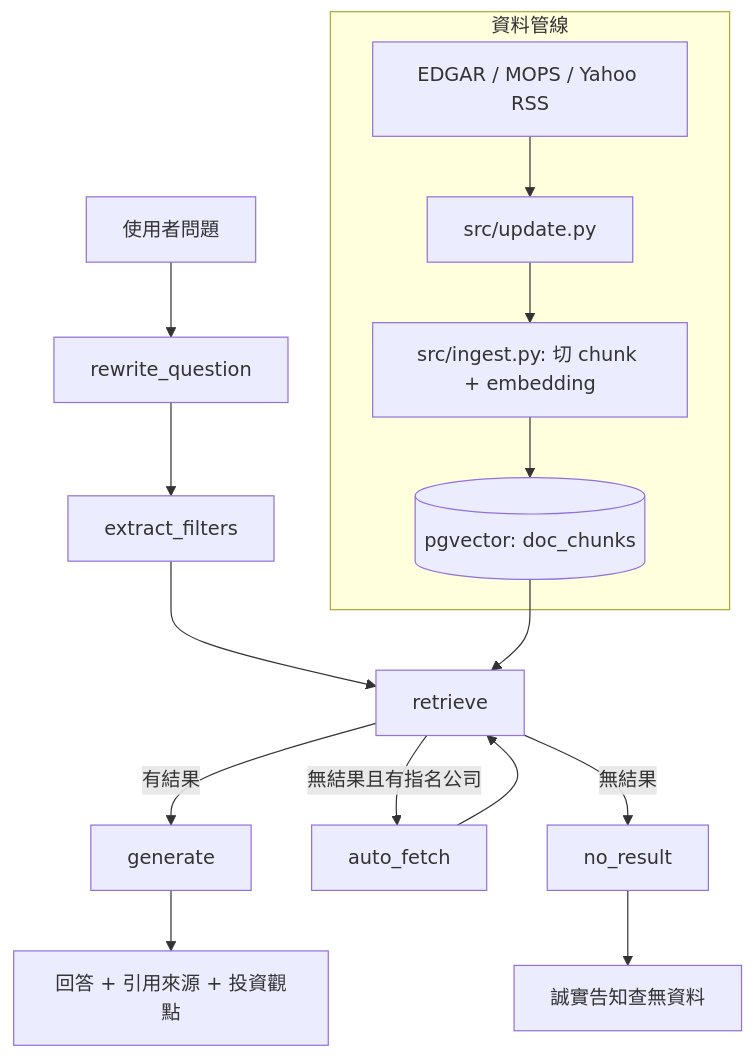
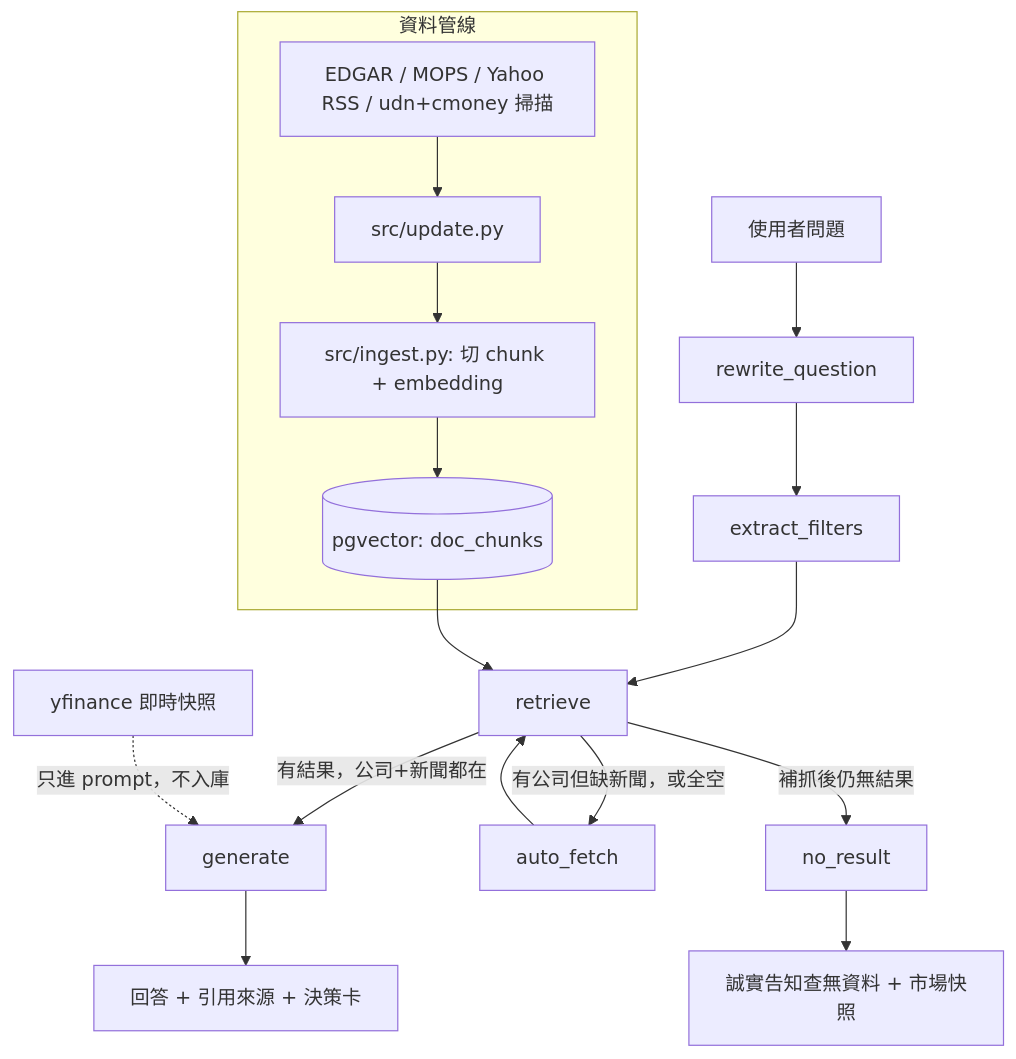
The second of 2 diagrams in docs/PROJECT.md (thelilywang/finance-ai-assistant), drawn with Mermaid before and after one commit. The commit also changed other lines of this file and 1 other file, not shown here.

````diff
--- a/docs/PROJECT.md
+++ b/docs/PROJECT.md
@@ -107,19 +113,20 @@
 ```mermaid
 flowchart TD
     U[使用者問題] --> RW[rewrite_question]
     RW --> EF[extract_filters]
     EF --> RT[retrieve]
-    RT -->|有結果| GEN[generate]
-    RT -->|無結果且有指名公司| AF[auto_fetch]
+    RT -->|有結果，公司+新聞都在| GEN[generate]
+    RT -->|有公司但缺新聞，或全空| AF[auto_fetch]
     AF --> RT
-    RT -->|無結果| NR[no_result]
-    GEN --> A[回答 + 引用來源 + 投資觀點]
-    NR --> B[誠實告知查無資料]
+    RT -->|補抓後仍無結果| NR[no_result]
+    GEN --> A[回答 + 引用來源 + 決策卡]
+    NR --> B[誠實告知查無資料 + 市場快照]
 
     subgraph 資料管線
-        SRC[EDGAR / MOPS / Yahoo RSS] --> UP[src/update.py]
+        SRC[EDGAR / MOPS / Yahoo RSS / udn+cmoney 掃描] --> UP[src/update.py]
         UP --> ING[src/ingest.py: 切 chunk + embedding]
         ING --> PG[(pgvector: doc_chunks)]
     end
     PG --> RT
+    YF[yfinance 即時快照] -.只進 prompt，不入庫.-> GEN
 ```
````
